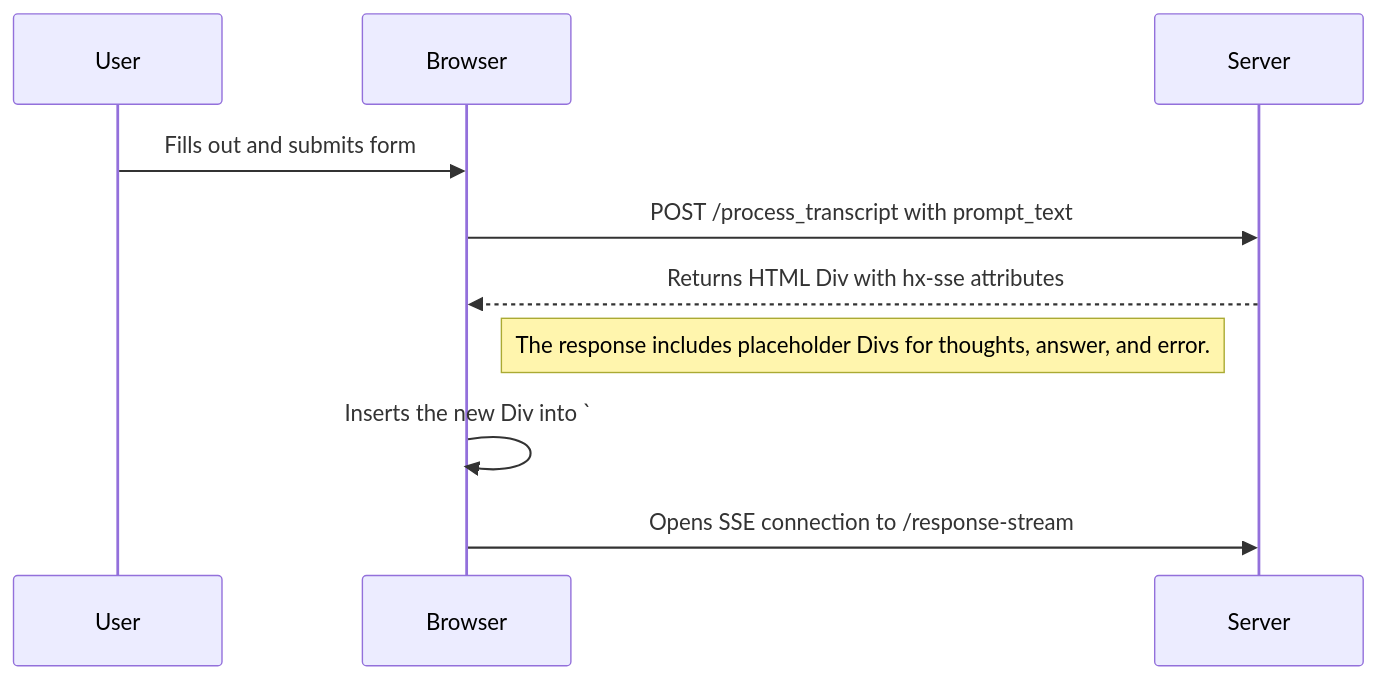
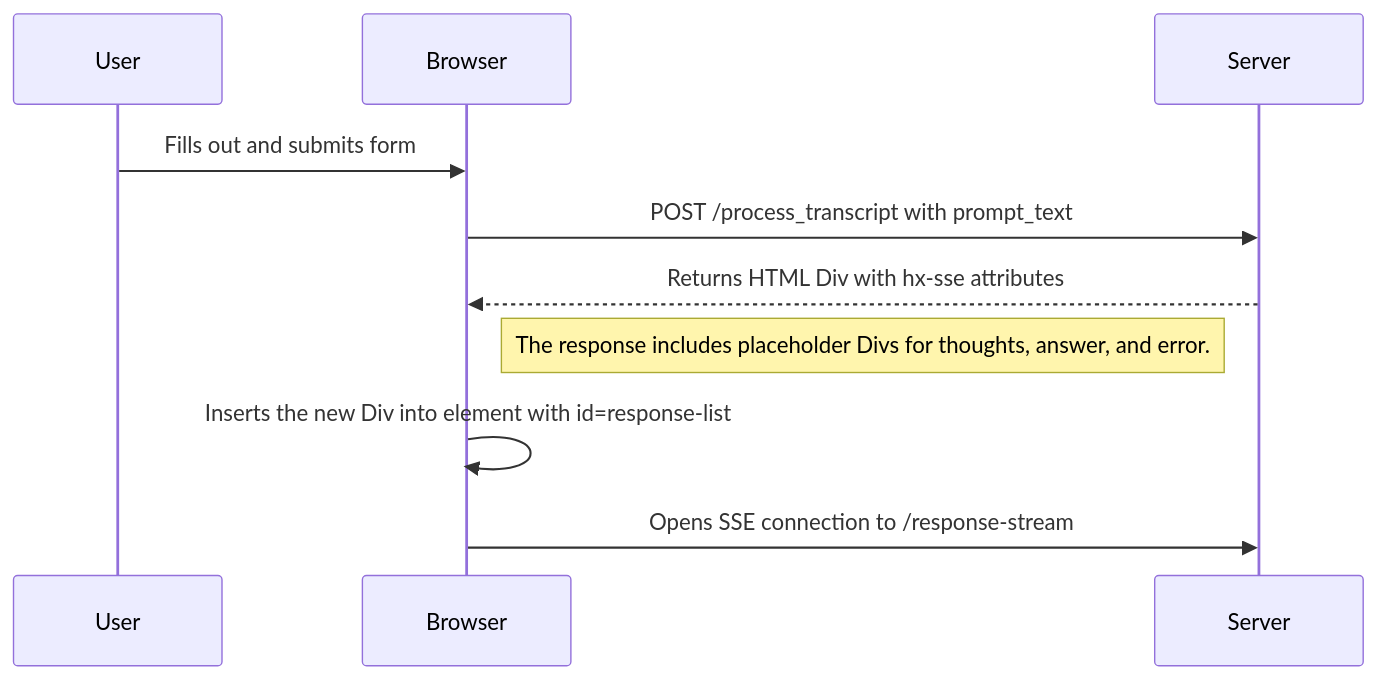
One commit to plops/cl-py-generator changed the first of 2 diagrams in example/165_fasthtml_sse_genai/README.md. Above: the diagram before and after it, drawn with Mermaid. The commit also changed other lines of this file, not shown here.

Commit message:
docs: update README with clearer element references in sequence diagrams

````diff
--- a/example/165_fasthtml_sse_genai/README.md
+++ b/example/165_fasthtml_sse_genai/README.md
@@ -24,13 +24,13 @@
 ```mermaid
 sequenceDiagram
     participant User
     participant Browser
     participant Server
 
     User->>Browser: Fills out and submits form
     Browser->>Server: POST /process_transcript with prompt_text
     Server-->>Browser: Returns HTML Div with hx-sse attributes
     Note right of Browser: The response includes placeholder Divs for thoughts, answer, and error.
-    Browser->>Browser: Inserts the new Div into `#response-list`
+    Browser->>Browser: Inserts the new Div into element with id=response-list
     Browser->>Server: Opens SSE connection to /response-stream
 ```
````
